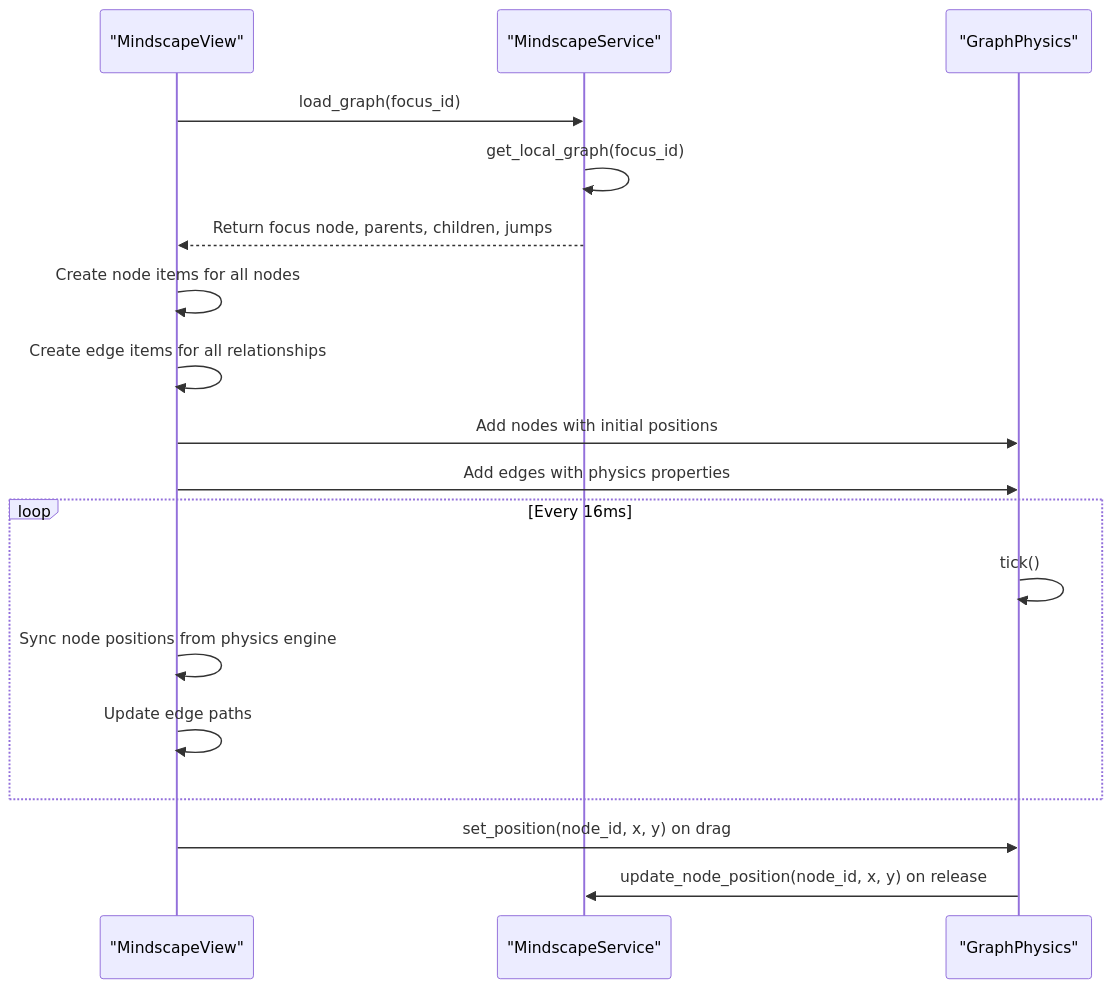
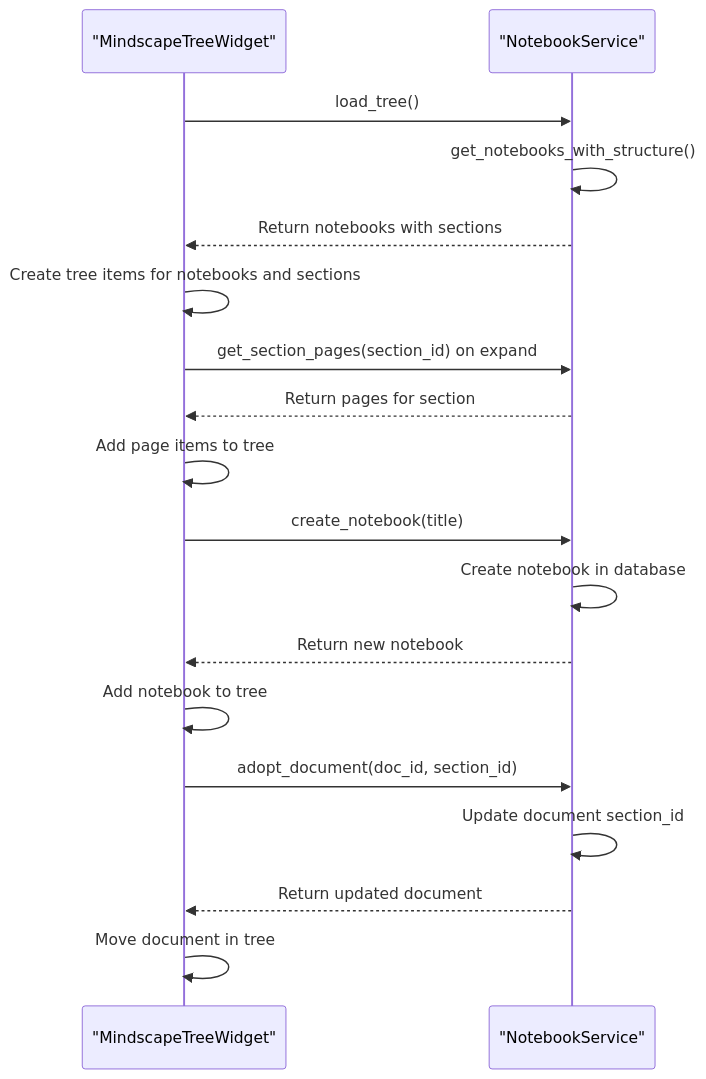
One commit to TheDaniel166/IsopGem changed the tenth of 14 diagrams in .qoder/repowiki/en/content/Architecture Overview/Pillar-Based Architecture/Document Manager Pillar/Document Manager Pillar.md. Above: the diagram before and after it, drawn with Mermaid. The commit also changed other lines of this file and 29 other files, not shown here.

````diff
--- a/.qoder/repowiki/en/content/Architecture Overview/Pillar-Based Architecture/Document Manager Pillar/Document Manager Pillar.md
+++ b/.qoder/repowiki/en/content/Architecture Overview/Pillar-Based Architecture/Document Manager Pillar/Document Manager Pillar.md
@@ -410,20 +464,20 @@
 ```mermaid
 sequenceDiagram
-participant UI as "MindscapeView"
-participant Service as "MindscapeService"
-participant Physics as "GraphPhysics"
-UI->>Service : load_graph(focus_id)
-Service->>Service : get_local_graph(focus_id)
-Service-->>UI : Return focus node, parents, children, jumps
-UI->>UI : Create node items for all nodes
-UI->>UI : Create edge items for all relationships
-UI->>Physics : Add nodes with initial positions
-UI->>Physics : Add edges with physics properties
-loop Every 16ms
-Physics->>Physics : tick()
-UI->>UI : Sync node positions from physics engine
-UI->>UI : Update edge paths
-end
-UI->>Physics : set_position(node_id, x, y) on drag
-Physics->>Service : update_node_position(node_id, x, y) on release
+participant UI as "MindscapeTreeWidget"
+participant Service as "NotebookService"
+UI->>Service : load_tree()
+Service->>Service : get_notebooks_with_structure()
+Service-->>UI : Return notebooks with sections
+UI->>UI : Create tree items for notebooks and sections
+UI->>Service : get_section_pages(section_id) on expand
+Service-->>UI : Return pages for section
+UI->>UI : Add page items to tree
+UI->>Service : create_notebook(title)
+Service->>Service : Create notebook in database
+Service-->>UI : Return new notebook
+UI->>UI : Add notebook to tree
+UI->>Service : adopt_document(doc_id, section_id)
+Service->>Service : Update document section_id
+Service-->>UI : Return updated document
+UI->>UI : Move document in tree
 ```
````
